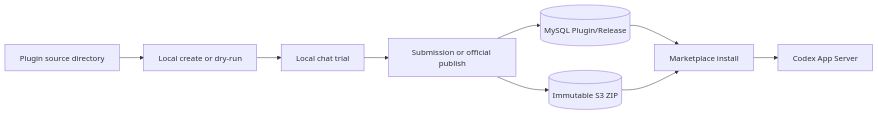
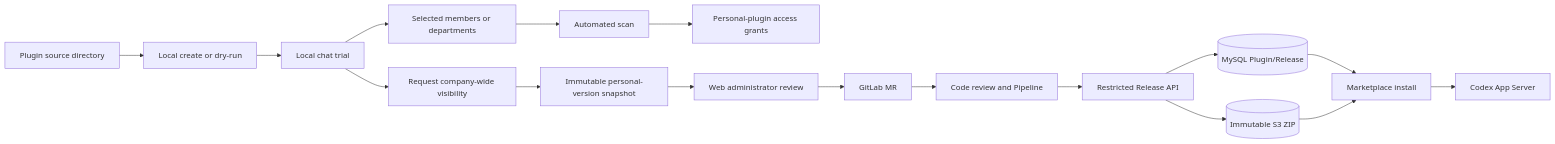
One commit to wecode-ai/wegent-docs changed the diagram in docs/wework/developer-guide/wework-plugin-marketplace-dev.md. Above: the diagram before and after it, drawn with Mermaid. The commit also changed other lines of this file and 9 other files, not shown here.

````diff
--- a/docs/wework/developer-guide/wework-plugin-marketplace-dev.md
+++ b/docs/wework/developer-guide/wework-plugin-marketplace-dev.md
@@ -24,11 +26,19 @@
 ```mermaid
 flowchart LR
   source[Plugin source directory] --> local[Local create or dry-run]
   local --> test[Local chat trial]
-  test --> publish[Submission or official publish]
-  publish --> mysql[(MySQL Plugin/Release)]
-  publish --> s3[(Immutable S3 ZIP)]
+  test --> share[Selected members or departments]
+  share --> scan[Automated scan]
+  scan --> acl[Personal-plugin access grants]
+  test --> apply[Request company-wide visibility]
+  apply --> snapshot[Immutable personal-version snapshot]
+  snapshot --> admin[Web administrator review]
+  admin --> mr[GitLab MR]
+  mr --> pipeline[Code review and Pipeline]
+  pipeline --> release[Restricted Release API]
+  release --> mysql[(MySQL Plugin/Release)]
+  release --> s3[(Immutable S3 ZIP)]
   mysql --> install[Marketplace install]
   s3 --> install
   install --> codex[Codex App Server]
 ```
````
